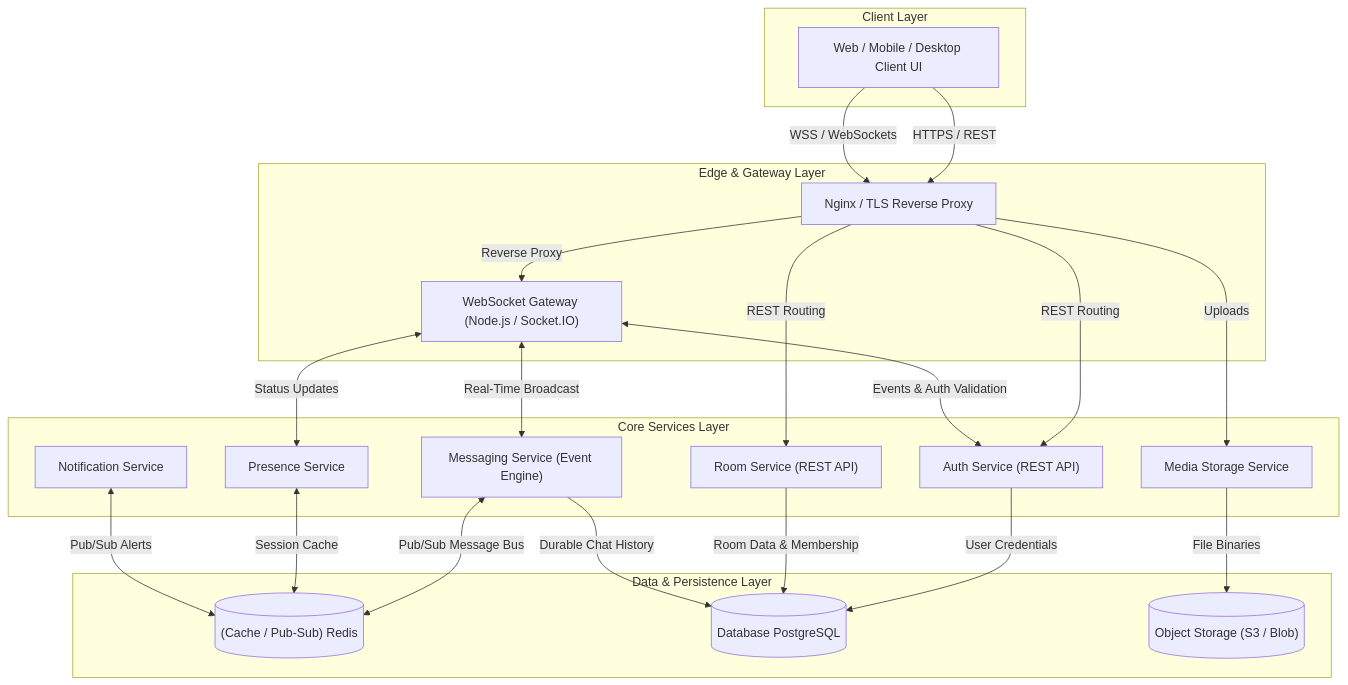
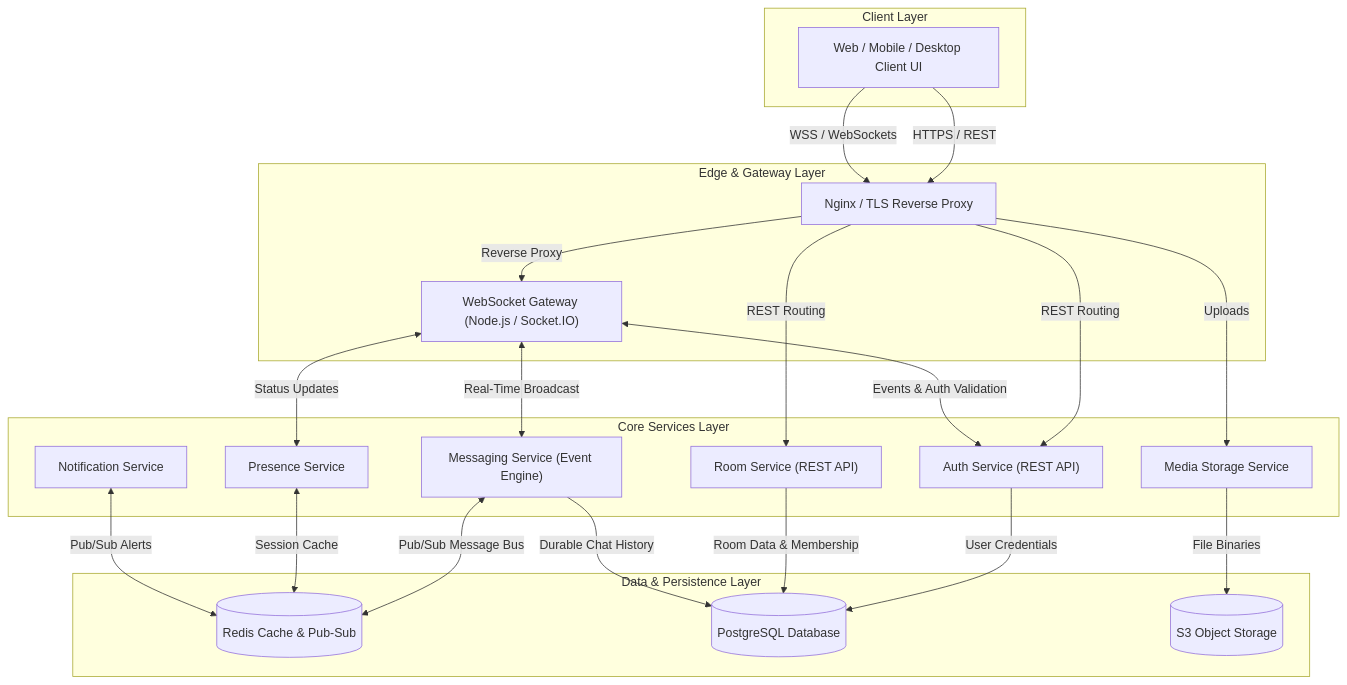
One commit to SE-Mini-Proj/SAD_Chat_Application changed the first of 4 diagrams in README.md. Above: the diagram before and after it, drawn with Mermaid. The commit also changed other lines of this file and 9 other files, not shown here.

````diff
--- a/README.md
+++ b/README.md
@@ -159,46 +159,46 @@
 ```mermaid
 graph TB
     subgraph Client_Layer ["Client Layer"]
         UI["Web / Mobile / Desktop Client UI"]
     end
 
     subgraph Edge_Gateway ["Edge & Gateway Layer"]
         NGINX["Nginx / TLS Reverse Proxy"]
         WSG["WebSocket Gateway (Node.js / Socket.IO)"]
     end
 
     subgraph Service_Layer ["Core Services Layer"]
         AUTH["Auth Service (REST API)"]
         ROOM["Room Service (REST API)"]
         MSG["Messaging Service (Event Engine)"]
         PRES["Presence Service"]
         MEDIA["Media Storage Service"]
         NOTIF["Notification Service"]
     end
 
     subgraph Data_Layer ["Data & Persistence Layer"]
-        REDIS[("(Cache / Pub-Sub) Redis")]
-        PG[(Database PostgreSQL)]
-        S3[("Object Storage (S3 / Blob)")]
+        REDIS[("Redis Cache & Pub-Sub")]
+        PG[("PostgreSQL Database")]
+        S3[("S3 Object Storage")]
     end
 
     UI -->|HTTPS / REST| NGINX
     UI -->|WSS / WebSockets| NGINX
     NGINX -->|Reverse Proxy| WSG
     NGINX -->|REST Routing| AUTH
     NGINX -->|REST Routing| ROOM
     NGINX -->|Uploads| MEDIA
 
     WSG <-->|Events & Auth Validation| AUTH
     WSG <-->|Real-Time Broadcast| MSG
     WSG <-->|Status Updates| PRES
 
     MSG <-->|Pub/Sub Message Bus| REDIS
     PRES <-->|Session Cache| REDIS
     NOTIF <-->|Pub/Sub Alerts| REDIS
 
     AUTH -->|User Credentials| PG
     ROOM -->|Room Data & Membership| PG
     MSG -->|Durable Chat History| PG
     MEDIA -->|File Binaries| S3
 ```
````
